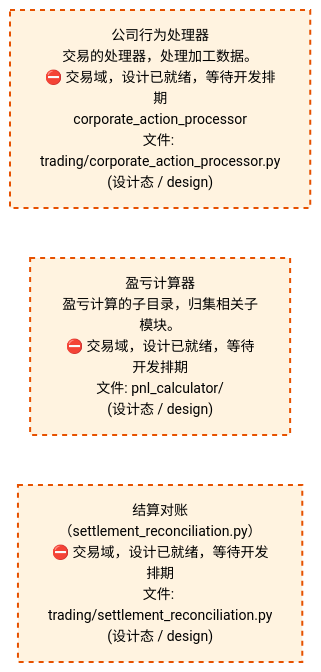
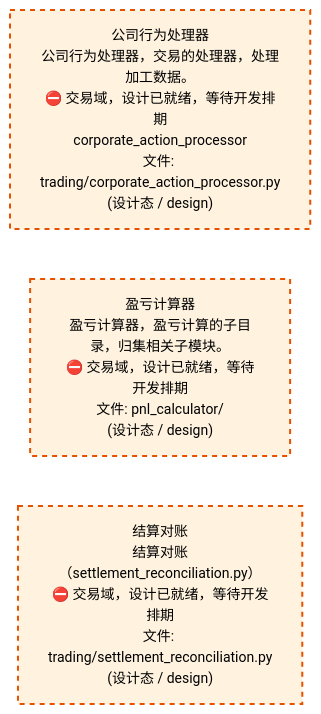
Before and after one commit to xuanFelixVan/ZephyrAlpha: the third of 4 diagrams in docs/02_enterprise_architecture/02_domain_architecture_docs/72_d_trading.md, drawn with Mermaid. The commit also changed other lines of this file and 56 other files, not shown here.

````diff
--- a/docs/02_enterprise_architecture/02_domain_architecture_docs/72_d_trading.md
+++ b/docs/02_enterprise_architecture/02_domain_architecture_docs/72_d_trading.md
@@ -299,14 +299,14 @@
 ```mermaid
 %%{init: {'theme': 'base', 'themeVariables': {'primaryColor': '#eaeaea', 'primaryTextColor': '#333333', 'primaryBorderColor': '#666666', 'lineColor': '#666666', 'secondaryColor': '#eaeaea', 'tertiaryColor': '#eaeaea', 'fontSize': '14px'}}}%%
 flowchart TD
-    src_zephyr_trading_corporate_action_processor_py["公司行为处理器<br/>交易的处理器，处理加工数据。<br/>⛔ 交易域，设计已就绪，等待开发排期<br/>corporate_action_processor<br/>文件: trading/corporate_action_processor.py<br/>(设计态 / design)"]
-    src_zephyr_trading_pnl_calculator["盈亏计算器<br/>盈亏计算的子目录，归集相关子模块。<br/>⛔ 交易域，设计已就绪，等待开发排期<br/>文件: pnl_calculator/<br/>(设计态 / design)"]
-    src_zephyr_trading_settlement_reconciliation_py["结算对账<br/>（settlement_reconciliation.py）<br/>⛔ 交易域，设计已就绪，等待开发排期<br/>文件: trading/settlement_reconciliation.py<br/>(设计态 / design)"]
+    src_zephyr_trading_corporate_action_processor_py["公司行为处理器<br/>公司行为处理器，交易的处理器，处理加工数据。<br/>⛔ 交易域，设计已就绪，等待开发排期<br/>corporate_action_processor<br/>文件: trading/corporate_action_processor.py<br/>(设计态 / design)"]
+    src_zephyr_trading_pnl_calculator["盈亏计算器<br/>盈亏计算器，盈亏计算的子目录，归集相关子模块。<br/>⛔ 交易域，设计已就绪，等待开发排期<br/>文件: pnl_calculator/<br/>(设计态 / design)"]
+    src_zephyr_trading_settlement_reconciliation_py["结算对账<br/>结算对账（settlement_reconciliation.py）<br/>⛔ 交易域，设计已就绪，等待开发排期<br/>文件: trading/settlement_reconciliation.py<br/>(设计态 / design)"]
     src_zephyr_trading_corporate_action_processor_py ~~~ src_zephyr_trading_pnl_calculator
     src_zephyr_trading_pnl_calculator ~~~ src_zephyr_trading_settlement_reconciliation_py
     classDef production fill:#e1f5fe,stroke:#01579b,stroke-width:2px,color:#000
     classDef design fill:#fff3e0,stroke:#e65100,stroke-width:2px,color:#000,stroke-dasharray: 5 5
     classDef external_prod fill:#e8f4fd,stroke:#0277bd,stroke-width:1px,color:#000
     classDef external_design fill:#fff8e7,stroke:#ef6c00,stroke-width:1px,color:#000,stroke-dasharray: 5 5
     class src_zephyr_trading_corporate_action_processor_py,src_zephyr_trading_pnl_calculator,src_zephyr_trading_settlement_reconciliation_py design
 ```
````
